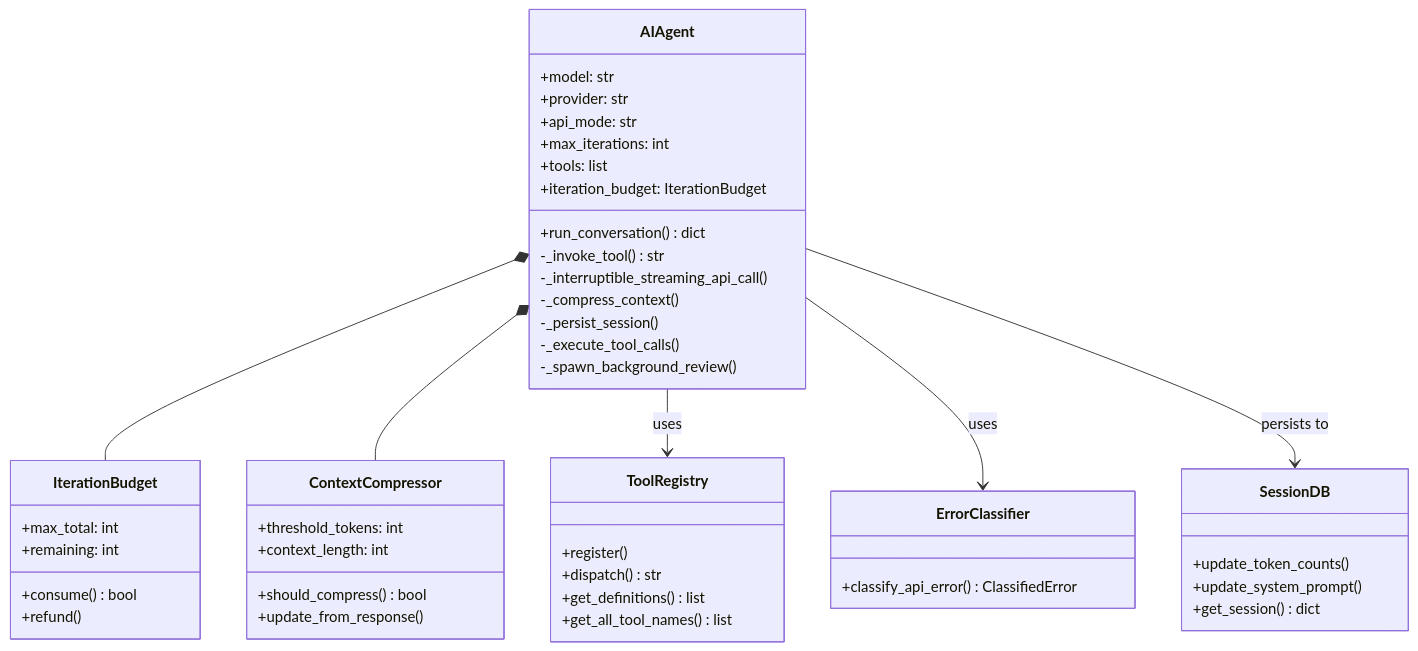
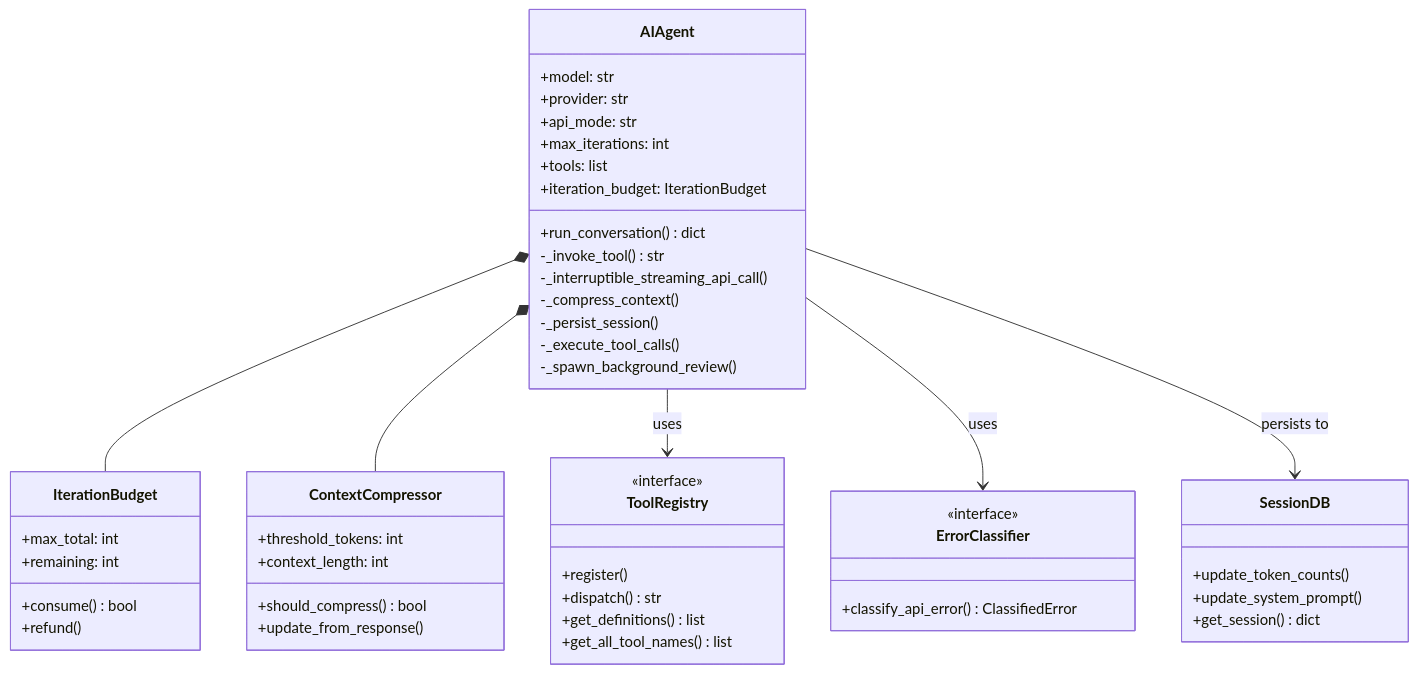
One commit to pty819/hermes-docs changed the first of 7 diagrams in chapters/agent-loop.rst. Above: the diagram before and after it, drawn with Mermaid. The commit also changed other lines of this file and 27 other files, not shown here.

```diff
--- a/chapters/agent-loop.rst
+++ b/chapters/agent-loop.rst
@@ -79,55 +79,59 @@
 .. mermaid::
+   :name: agent-class-diagram
+   :caption: AIAgent 核心类与依赖关系
 
    classDiagram
        class AIAgent {
            +model: str
            +provider: str
            +api_mode: str
            +max_iterations: int
            +tools: list
            +iteration_budget: IterationBudget
            +run_conversation() dict
            -_invoke_tool() str
            -_interruptible_streaming_api_call()
            -_compress_context()
            -_persist_session()
            -_execute_tool_calls()
            -_spawn_background_review()
        }
-   
+
        class IterationBudget {
            +max_total: int
            +consume() bool
            +refund()
            +remaining: int
        }
-   
+
        class ContextCompressor {
            +threshold_tokens: int
            +context_length: int
            +should_compress() bool
            +update_from_response()
        }
-   
+
        class ToolRegistry {
            +register()
            +dispatch() str
            +get_definitions() list
            +get_all_tool_names() list
+           <<interface>>
        }
-   
+
        class ErrorClassifier {
            +classify_api_error() ClassifiedError
+           <<interface>>
        }
-   
+
        class SessionDB {
            +update_token_counts()
            +update_system_prompt()
            +get_session() dict
        }
-   
+
        AIAgent *-- IterationBudget
        AIAgent *-- ContextCompressor
        AIAgent --> ToolRegistry : uses
        AIAgent --> ErrorClassifier : uses
        AIAgent --> SessionDB : persists to
```
